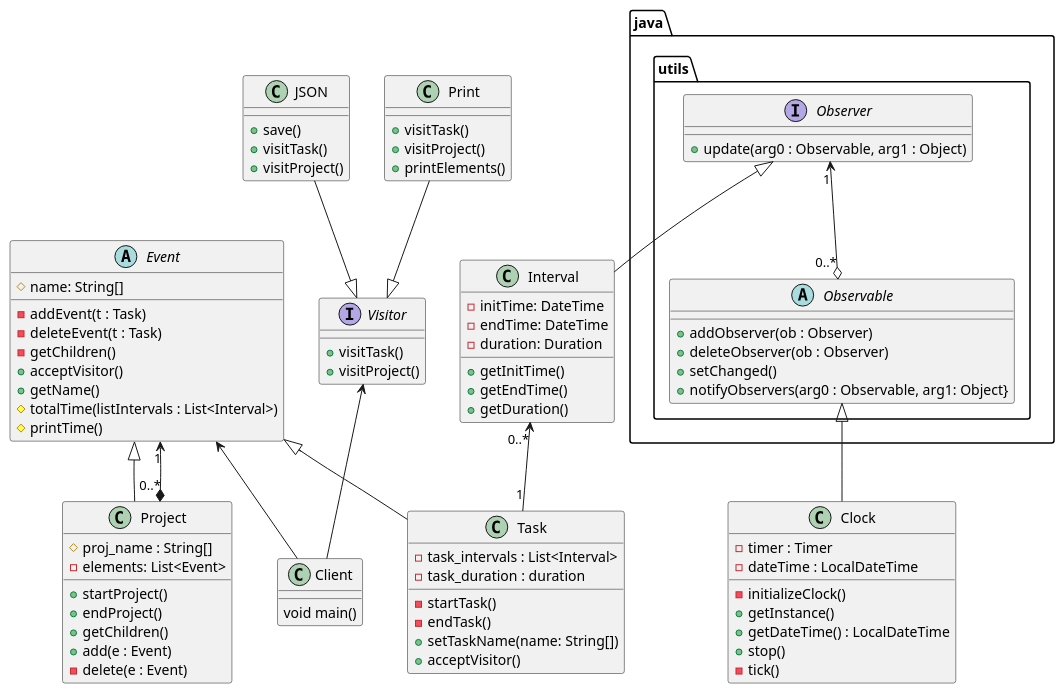
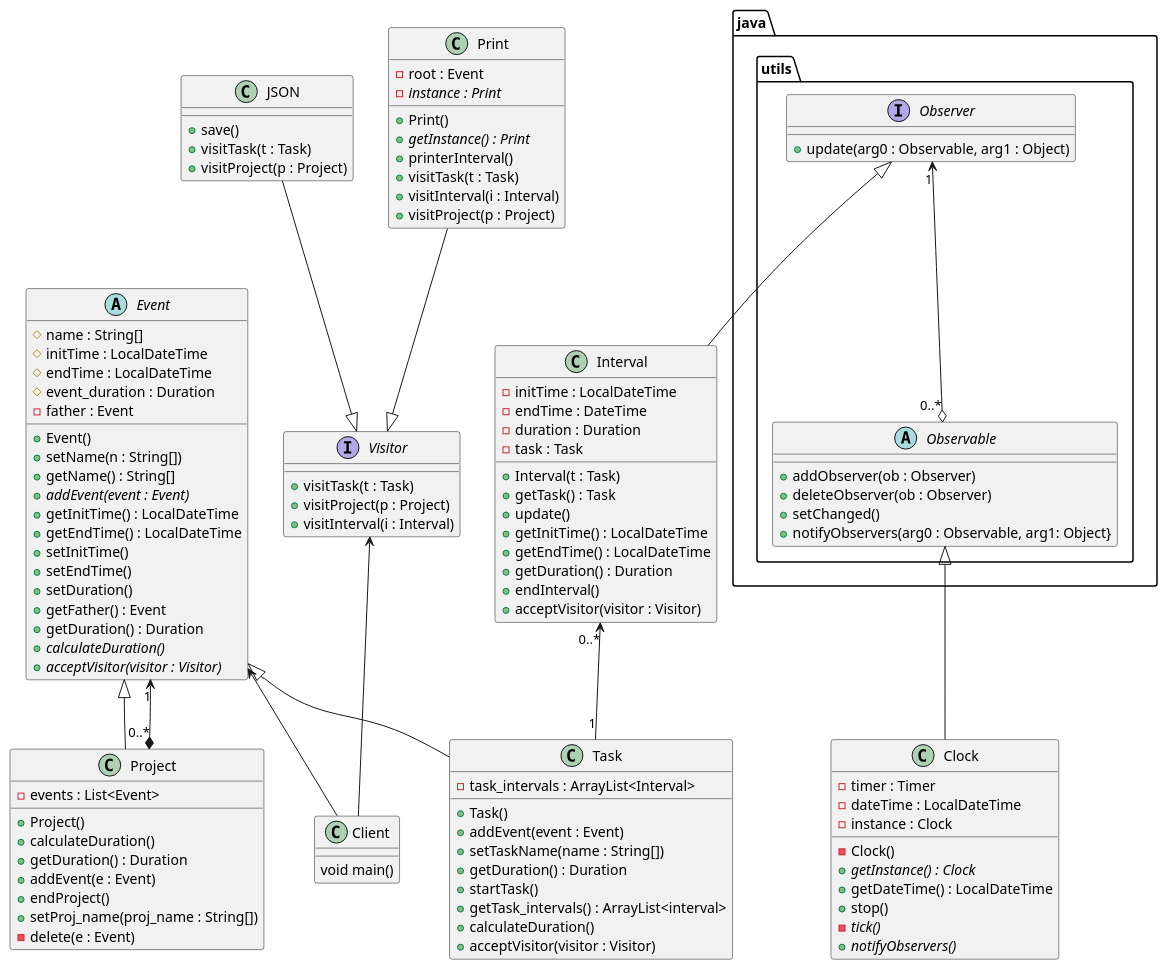
Before and after one commit to guillem-martinez/DS-Projecte: the diagram in Class_diag.puml, drawn with PlantUML.

```diff
--- a/Class_diag.puml
+++ b/Class_diag.puml
@@ -1,103 +1,131 @@
 @startuml
 'https://plantuml.com/class-diagram
 
 
 class Project{
-# proj_name : String[]
-- elements: List<Event>
-+ startProject()
+- events : List<Event>
++ Project()
++ calculateDuration()
++ getDuration() : Duration
++ addEvent(e : Event)
 + endProject()
-+ getChildren()
-+ add(e : Event)
++ setProj_name(proj_name : String[])
 - delete(e : Event)
 }
 
 class Task{
-- task_intervals : List<Interval>
-- task_duration : duration
-- startTask()
-- endTask()
-+ setTaskName(name: String[])
-+acceptVisitor()
+- task_intervals : ArrayList<Interval>
++ Task()
++ addEvent(event : Event)
++ setTaskName(name : String[])
++ getDuration() : Duration
++ startTask()
++ getTask_intervals() : ArrayList<interval>
++ calculateDuration()
++ acceptVisitor(visitor : Visitor)
 }
 
 abstract Event{
-# name: String[]
-- addEvent(t : Task)
-- deleteEvent(t : Task)
-- getChildren()
-+ acceptVisitor()
-+ getName()
-# totalTime(listIntervals : List<Interval>)
-# printTime()
+# name : String[]
+# initTime : LocalDateTime
+# endTime : LocalDateTime
+# event_duration : Duration
+- father : Event
++ Event()
++ setName(n : String[])
++ getName() : String[]
++ //addEvent(event : Event)//
++ getInitTime() : LocalDateTime
++ getEndTime() : LocalDateTime
++ setInitTime()
++ setEndTime()
++ setDuration()
++ getFather() : Event
++ getDuration() : Duration
++ //calculateDuration()//
++ //acceptVisitor(visitor : Visitor)//
 }
 
 class Clock{
 - timer : Timer
 - dateTime : LocalDateTime
-- initializeClock()
-+ getInstance()
+- instance : Clock
+- Clock()
++ //getInstance() : Clock//
 + getDateTime() : LocalDateTime
 + stop()
-- tick()
+- //tick()//
++ //notifyObservers()//
 }
 
 class Interval{
-- initTime: DateTime
-- endTime: DateTime
-- duration: Duration /'cada golpe de reloj incremento'/
-+ getInitTime()
-+ getEndTime()
-+ getDuration()
+- initTime : LocalDateTime
+- endTime : DateTime
+- duration : Duration /'cada golpe de reloj incremento'/
+- task : Task
++ Interval(t : Task)
++ getTask() : Task
++ update()
++ getInitTime() : LocalDateTime
++ getEndTime() : LocalDateTime
++ getDuration() : Duration
++ endInterval()
++ acceptVisitor(visitor : Visitor)
 }
 
 interface Visitor{
-+ visitTask()
-+ visitProject()
++ visitTask(t : Task)
++ visitProject(p : Project)
++ visitInterval(i : Interval)
 }
 
 class JSON{
 + save()
-+ visitTask()
-+ visitProject()
++ visitTask(t : Task)
++ visitProject(p : Project)
 }
 
 class Print{
-+ visitTask()
-+ visitProject()
-+ printElements()
+- root : Event
+- //instance : Print//
++ Print()
++ //getInstance() : Print//
++ printerInterval()
++ visitTask(t : Task)
++ visitInterval(i : Interval)
++ visitProject(p : Project)
 }
 
 package "java.utils"{
 interface Observer{
 + update(arg0 : Observable, arg1 : Object)
 }
 
 abstract Observable{
 + addObserver(ob : Observer)
 + deleteObserver(ob : Observer)
 + setChanged()
 + notifyObservers(arg0 : Observable, arg1: Object}
 }
 }
 
 class Client{
 void main()
 }
 
 Event <|-- Task
 Event <|-- Project
 
 Event "1" <--* "0..*" Project
 Observable <|-- Clock
 Observer <|-- Interval
 Observer "1" <--o "0..*" Observable
 Interval "0..*" <--  "1" Task
 Event <-- Client
 JSON --|> Visitor
 Visitor <-- Client
 Print --|> Visitor
 
 
 
 @enduml
```
